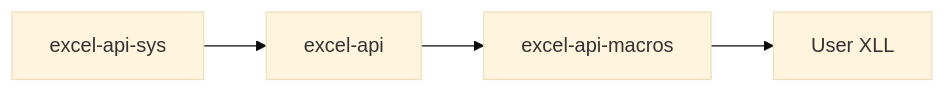
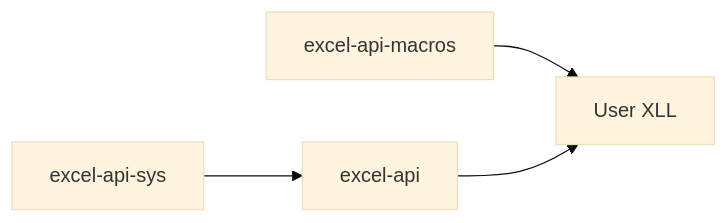
The diagram in docs/diagrams/crate-dependencies.md (evnekdev/excel-api), drawn with Mermaid (base theme) before and after one commit. The commit also changed 96 other files, not shown here.

````diff
--- a/docs/diagrams/crate-dependencies.md
+++ b/docs/diagrams/crate-dependencies.md
@@ -1,6 +1,6 @@
 ```mermaid
 graph LR
-A[excel-api-sys]-->B[excel-api]
-B-->C[excel-api-macros]
-C-->D[User XLL]
+SYS[excel-api-sys] --> CORE[excel-api]
+MAC[excel-api-macros] --> USER[User XLL]
+CORE --> USER
 ```
````
